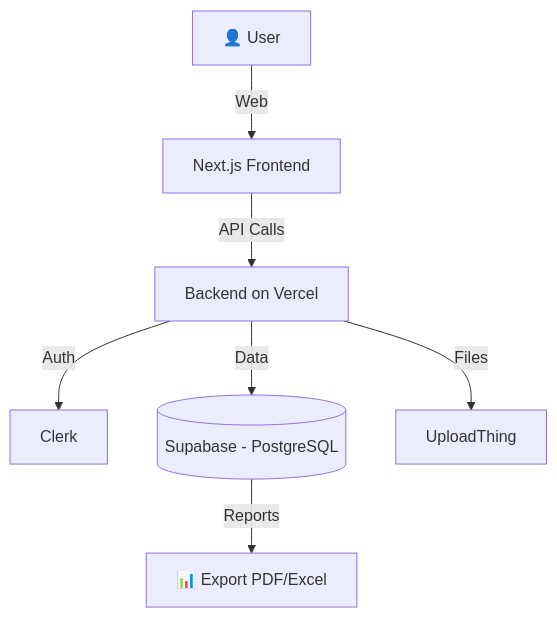
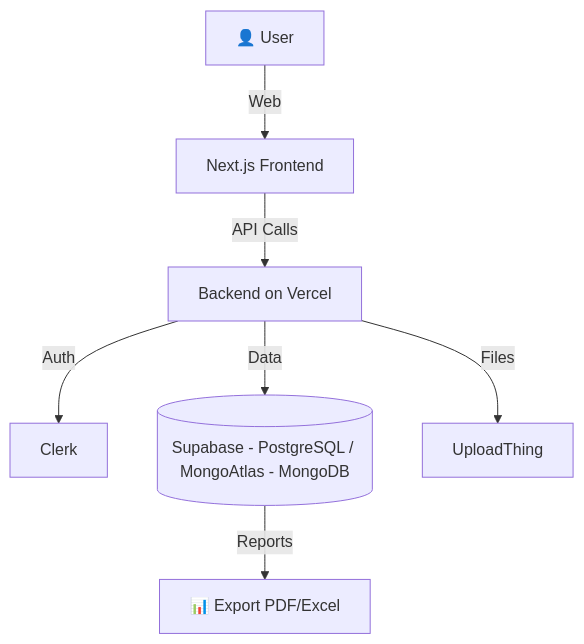
Before and after one commit to evaluacionitcr/evaluacionedificios: the diagram in README.md, drawn with Mermaid. The commit also changed other lines of this file, not shown here.

Commit message:
Add MongoAtlas to database options in README
Updated database description to include MongoAtlas.

````diff
--- a/README.md
+++ b/README.md
@@ -33,9 +33,9 @@
 ```mermaid
 flowchart TD
     U[👤 User] -->|Web| FE[Next.js Frontend]
     FE -->|API Calls| BE[Backend on Vercel]
     BE -->|Auth| Clerk[Clerk]
-    BE -->|Data| DB[(Supabase - PostgreSQL)]
+    BE -->|Data| DB[(Supabase - PostgreSQL / MongoAtlas - MongoDB)]
     BE -->|Files| UT[UploadThing]
     DB -->|Reports| EX[📊 Export PDF/Excel]
 ```
````
